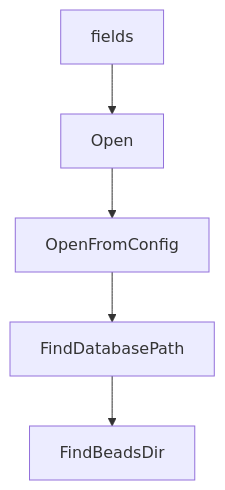
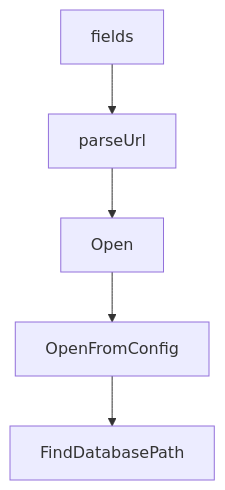
Before and after one commit to johnxie/awesome-code-docs: the diagram in tutorials/beads-tutorial/01-getting-started.md, drawn with Mermaid. The commit also changed other lines of this file and 1232 other files, not shown here.

````diff
--- a/tutorials/beads-tutorial/01-getting-started.md
+++ b/tutorials/beads-tutorial/01-getting-started.md
@@ -205,12 +203,12 @@
 ```mermaid
 flowchart TD
     A[fields]
-    B[Open]
-    C[OpenFromConfig]
-    D[FindDatabasePath]
-    E[FindBeadsDir]
+    B[parseUrl]
+    C[Open]
+    D[OpenFromConfig]
+    E[FindDatabasePath]
     A --> B
     B --> C
     C --> D
     D --> E
 ```
````
